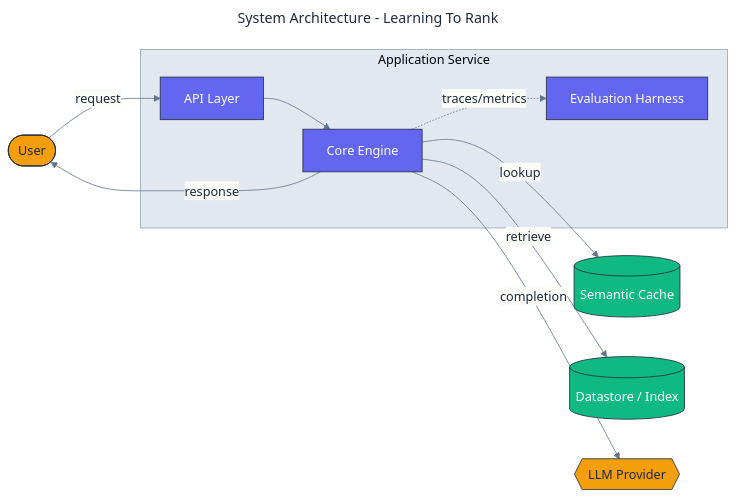
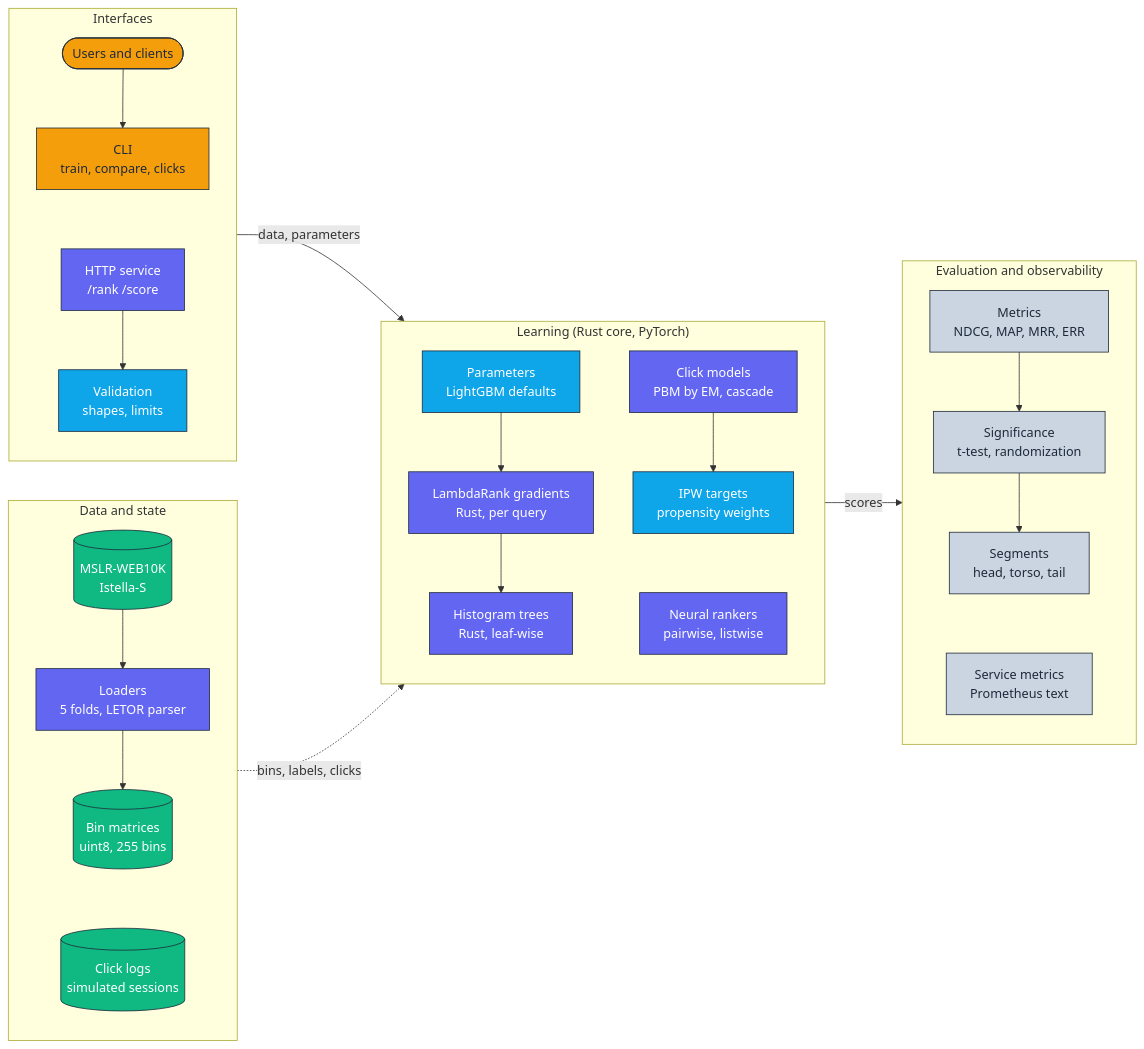
Before and after one commit to adeoluo/learning-to-rank: the diagram in docs/architecture/architecture.mmd, drawn with Mermaid. The commit also changed 40 other files, not shown here.

First line of the commit message:
feat: MSLR-WEB10K five-fold comparison with LightGBM and XGBoost (#8)

```diff
--- a/docs/architecture/architecture.mmd
+++ b/docs/architecture/architecture.mmd
@@ -1,38 +1,49 @@
----
-title: System Architecture - Learning To Rank
-config:
-  theme: base
-  themeVariables:
-    fontFamily: "Inter, system-ui, sans-serif"
-    primaryColor: "#F8FAFC"
-    primaryBorderColor: "#1E293B"
-    primaryTextColor: "#1E293B"
-    lineColor: "#64748B"
-    clusterBkg: "#E2E8F0"
-    clusterBorder: "#94A3B8"
----
 flowchart LR
+    classDef edge     fill:#F59E0B,stroke:#1E293B,color:#1E293B,stroke-width:1px;
     classDef core     fill:#6366F1,stroke:#1E293B,color:#ffffff,stroke-width:1px;
     classDef data     fill:#10B981,stroke:#1E293B,color:#ffffff,stroke-width:1px;
-    classDef external fill:#F59E0B,stroke:#1E293B,color:#1E293B,stroke-width:1px;
-    classDef danger   fill:#EF4444,stroke:#1E293B,color:#ffffff,stroke-width:1px;
+    classDef control  fill:#0EA5E9,stroke:#1E293B,color:#ffffff,stroke-width:1px;
+    classDef obs      fill:#CBD5E1,stroke:#1E293B,color:#1E293B,stroke-width:1px;
 
-    User([User]):::external
-
-    subgraph Application["Application Service"]
-        API[API Layer]:::core
-        Core[Core Engine]:::core
-        Evaluation[Evaluation Harness]:::core
+    subgraph Interfaces["Interfaces"]
+        direction TB
+        Users([Users and clients]):::edge
+        CLI["CLI<br/>train, compare, clicks"]:::edge
+        API["HTTP service<br/>/rank /score"]:::core
+        Validate["Validation<br/>shapes, limits"]:::control
+        Users --> CLI ~~~ API --> Validate
     end
 
-    Cache[(Semantic Cache)]:::data
-    Store[(Datastore / Index)]:::data
-    LLM{{LLM Provider}}:::external
+    subgraph State["Data and state"]
+        direction TB
+        Sources[("MSLR-WEB10K<br/>Istella-S")]:::data
+        Loader["Loaders<br/>5 folds, LETOR parser"]:::core
+        Bins[("Bin matrices<br/>uint8, 255 bins")]:::data
+        Logs[("Click logs<br/>simulated sessions")]:::data
+        Sources --> Loader --> Bins ~~~ Logs
+    end
 
-    User -->|request| API
-    API --> Core
-    Core -->|lookup| Cache
-    Core -->|retrieve| Store
-    Core -->|completion| LLM
-    Core -.->|traces/metrics| Evaluation
-    Core -->|response| User
+    subgraph Core["Learning (Rust core, PyTorch)"]
+        direction TB
+        Params["Parameters<br/>LightGBM defaults"]:::control
+        Lambda["LambdaRank gradients<br/>Rust, per query"]:::core
+        Trees["Histogram trees<br/>Rust, leaf-wise"]:::core
+        ClickM["Click models<br/>PBM by EM, cascade"]:::core
+        IPW["IPW targets<br/>propensity weights"]:::control
+        Neural["Neural rankers<br/>pairwise, listwise"]:::core
+        Params --> Lambda --> Trees
+        ClickM --> IPW ~~~ Neural
+    end
+
+    subgraph Obs["Evaluation and observability"]
+        direction TB
+        Metrics["Metrics<br/>NDCG, MAP, MRR, ERR"]:::obs
+        Sig["Significance<br/>t-test, randomization"]:::obs
+        Seg["Segments<br/>head, torso, tail"]:::obs
+        Prom["Service metrics<br/>Prometheus text"]:::obs
+        Metrics --> Sig --> Seg ~~~ Prom
+    end
+
+    Interfaces -->|data, parameters| Core
+    State -.->|bins, labels, clicks| Core
+    Core -->|scores| Obs
```
